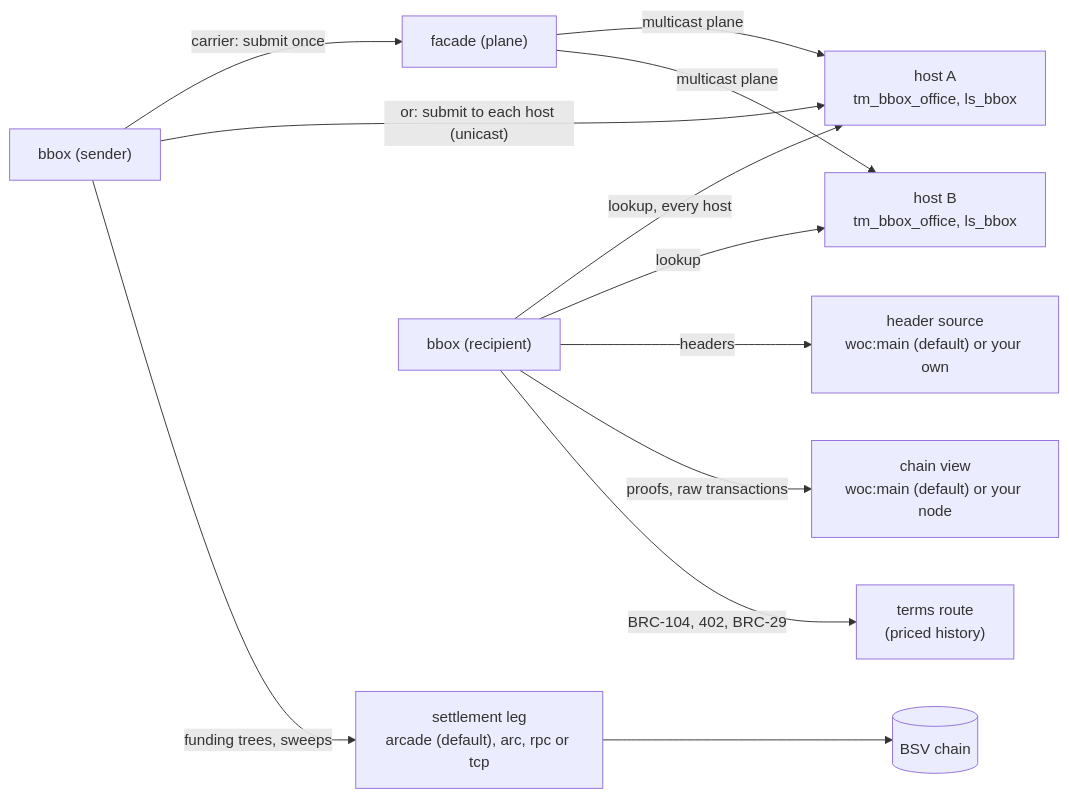
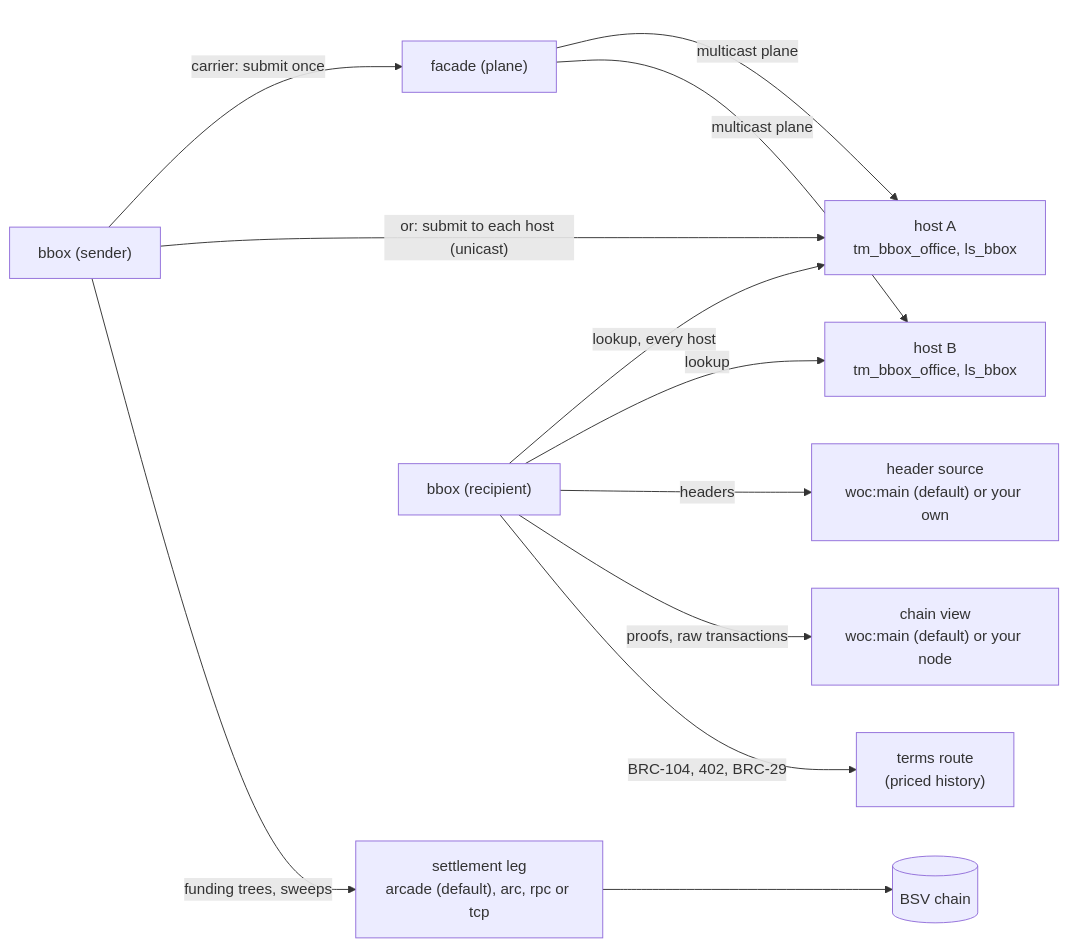
Before and after one commit to lightwebinc/bbox: the diagram in docs/architecture.md, drawn with Mermaid. The commit also changed 1 other file, not shown here.

Commit message:
[Fix] diagrams: a spacer where the viewer's controls land
The rendered viewer places its zoom and pan panel over a flowchart's
bottom-right corner, and its mermaid build does not read diagramPadding
for flowcharts. An invisible node in the rightmost rank, below its last
node, is what the panel now covers.

````diff
--- a/docs/architecture.md
+++ b/docs/architecture.md
@@ -11,14 +11,19 @@
 ```mermaid
 flowchart LR
   S["bbox (sender)"] -->|"carrier: submit once"| F["facade (plane)"]
   S -->|"or: submit to each host (unicast)"| HA
   F -->|"multicast plane"| HA["host A<br/>tm_bbox_office, ls_bbox"]
   F -->|"multicast plane"| HB["host B<br/>tm_bbox_office, ls_bbox"]
   S -->|"funding trees, sweeps"| L["settlement leg<br/>arcade (default), arc, rpc or tcp"]
   L --> C[("BSV chain")]
   R["bbox (recipient)"] -->|"lookup, every host"| HA
   R -->|lookup| HB
   R -->|"headers"| H["header source<br/>woc:main (default) or your own"]
   R -->|"proofs, raw transactions"| N["chain view<br/>woc:main (default) or your node"]
   R -->|"BRC-104, 402, BRC-29"| T["terms route<br/>(priced history)"]
+  %% The last node is an invisible spacer in the rightmost rank: the rendered
+  %% viewer places its zoom and pan controls over the bottom-right corner.
+  F ~~~ pad
+  pad["&nbsp;<br/>&nbsp;<br/>&nbsp;<br/>&nbsp;<br/>&nbsp;"]:::pad
+  classDef pad fill:none,stroke:none,color:transparent
 ```
````
